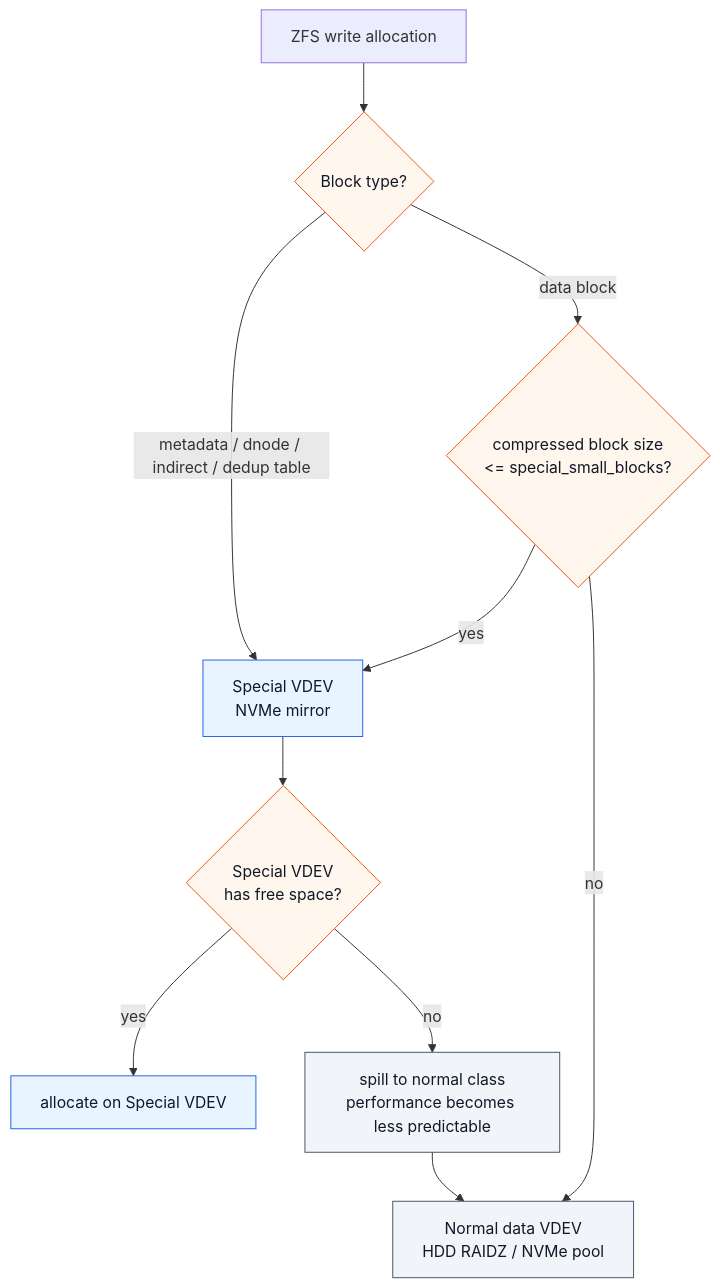
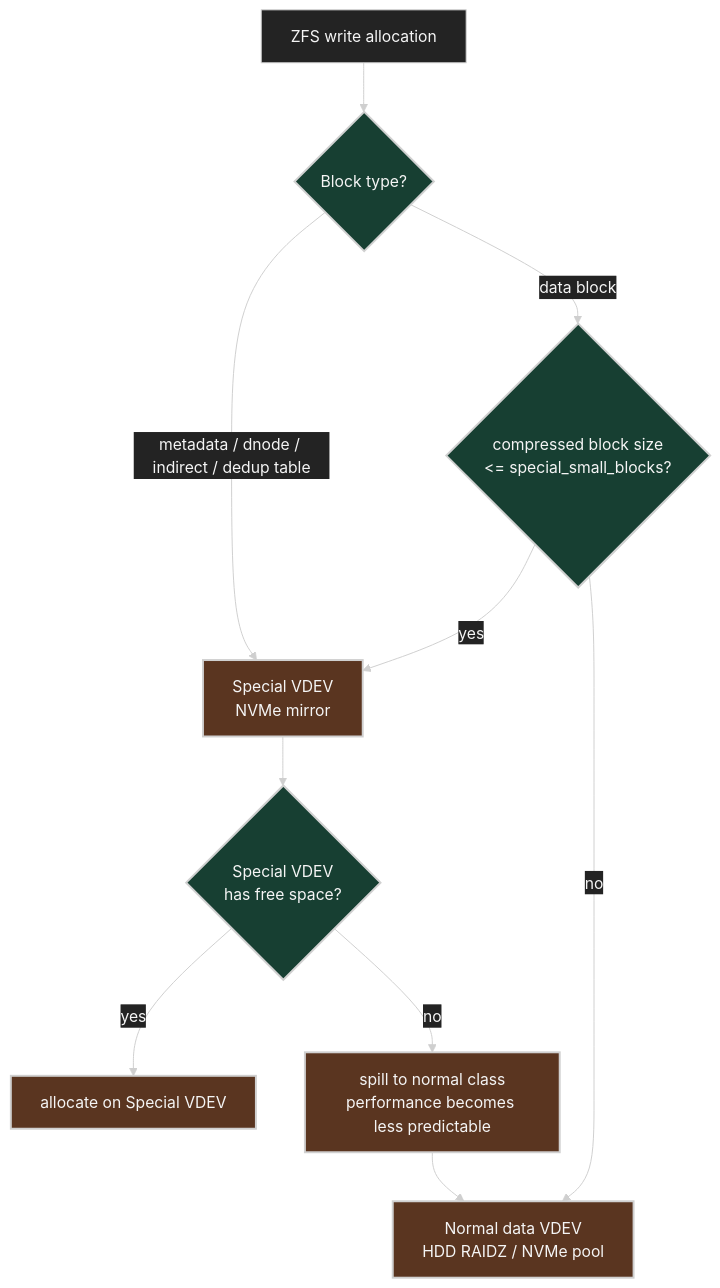
One commit to ziwon/ai-data-center-network changed the second of 6 diagrams in storage/zfs/README.md. Above: the diagram before and after it, drawn with Mermaid. The commit also changed other lines of this file and 35 other files, not shown here.

Commit message:
docs(mermaid): apply dark diagram style

````diff
--- a/storage/zfs/README.md
+++ b/storage/zfs/README.md
@@ -685,21 +686,22 @@
 ```mermaid
+%%{init: {"theme": "base", "themeVariables": {"background": "#171717", "primaryColor": "#232323", "primaryTextColor": "#f5f5f5", "primaryBorderColor": "#d0d0d0", "lineColor": "#cfcfcf", "fontFamily": "Inter, Arial, sans-serif"}}}%%
 flowchart TD
   write["ZFS write allocation"] --> kind{"Block type?"}
 
   kind -->|"metadata / dnode / indirect / dedup table"| special["Special VDEV<br/>NVMe mirror"]
   kind -->|"data block"| size{"compressed block size<br/><= special_small_blocks?"}
   size -->|"yes"| special
   size -->|"no"| normal["Normal data VDEV<br/>HDD RAIDZ / NVMe pool"]
 
   special --> capacity{"Special VDEV<br/>has free space?"}
   capacity -->|"yes"| commit_special["allocate on Special VDEV"]
   capacity -->|"no"| spill["spill to normal class<br/>performance becomes less predictable"]
   spill --> normal
 
-  classDef decision fill:#fff7ed,stroke:#ea580c,stroke-width:1px,color:#111827;
-  classDef specialClass fill:#e8f4ff,stroke:#2563eb,stroke-width:1px,color:#111827;
-  classDef normalClass fill:#f1f5f9,stroke:#475569,stroke-width:1px,color:#111827;
+  classDef decision fill:#173f32,stroke:#d0d0d0,color:#f5f5f5,stroke-width:2px;
+  classDef specialClass fill:#5a3520,stroke:#d0d0d0,color:#f5f5f5,stroke-width:2px;
+  classDef normalClass fill:#5a3520,stroke:#d0d0d0,color:#f5f5f5,stroke-width:2px;
   class kind,size,capacity decision;
   class special,commit_special specialClass;
   class normal,spill normalClass;
 ```
````
